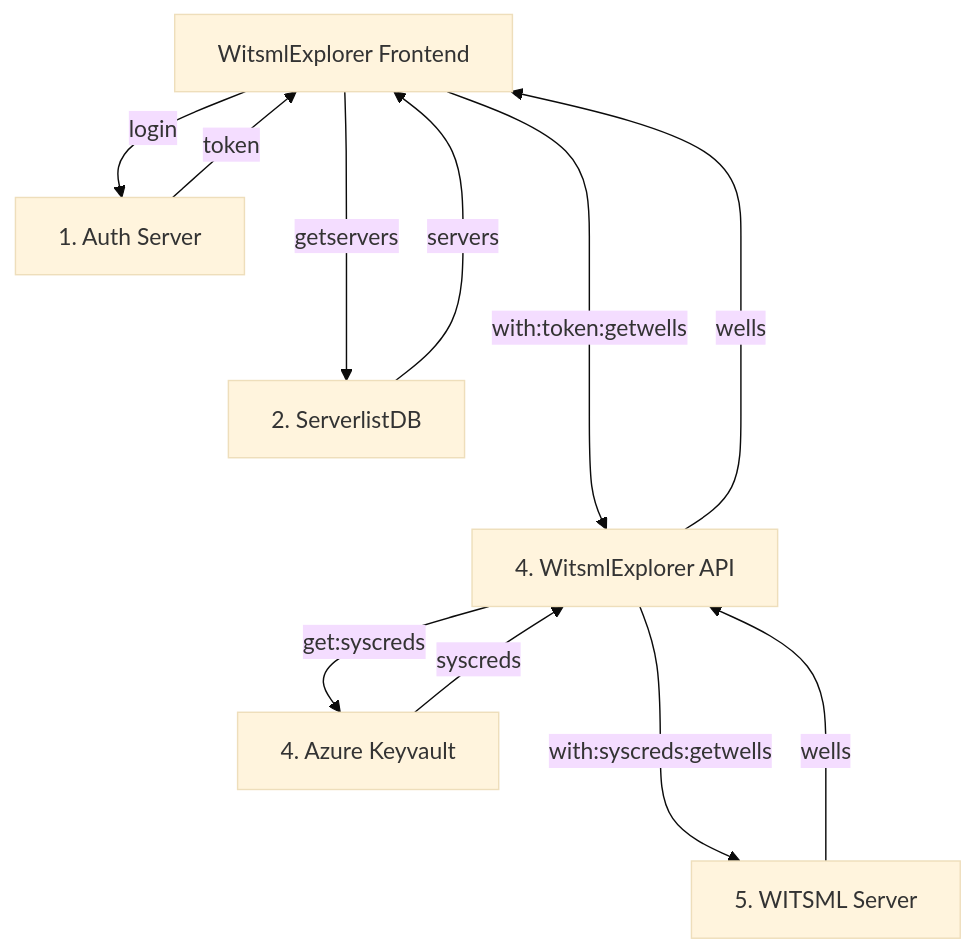
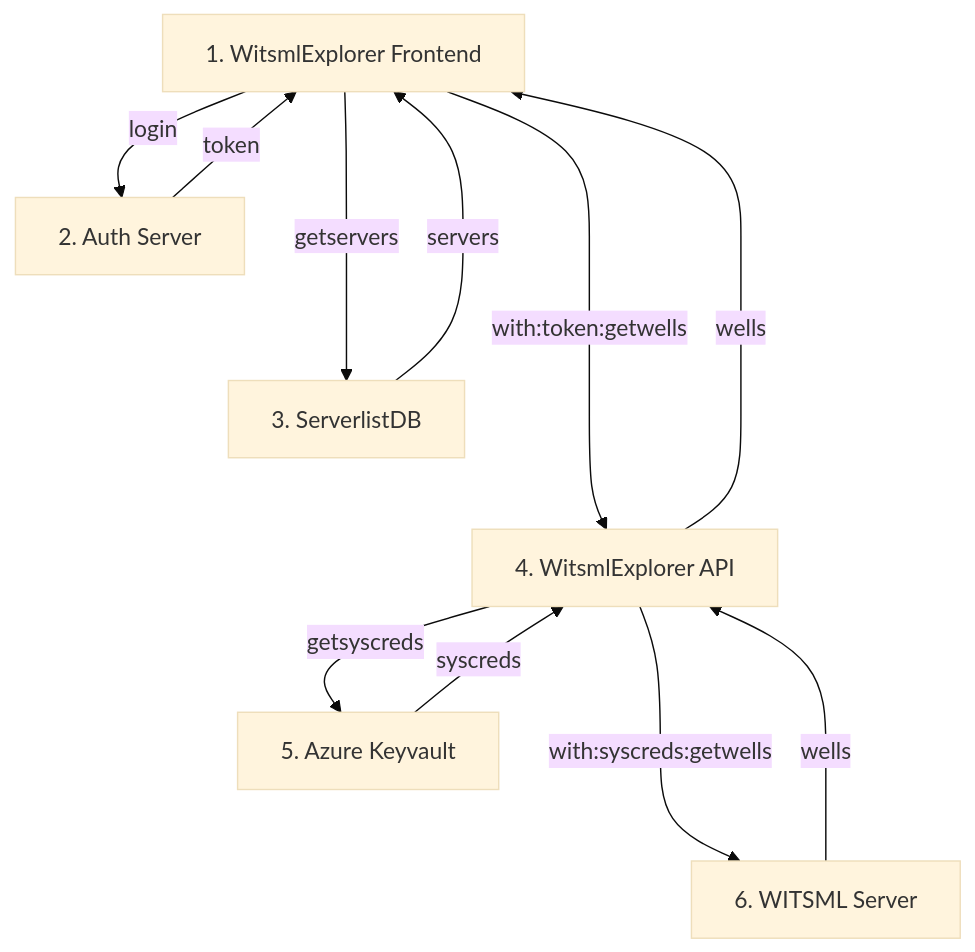
The diagram in AUTH.md (equinor/witsml-explorer), drawn with Mermaid (base theme) before and after one commit. The commit also changed other lines of this file, not shown here.

Commit message:
WE-571 complete the extended documentation

````diff
--- a/AUTH.md
+++ b/AUTH.md
@@ -151,14 +151,14 @@
 ```mermaid
 
 graph TD
-    A[WitsmlExplorer Frontend] -->|login| B[1. Auth Server]
-    B[1. Auth Server] --> |token| A[WitsmlExplorer Frontend]
-    A[WitsmlExplorer Frontend] --->|getservers| G[2. ServerlistDB]
-    G[2. ServerlistDB] --->|servers| A[itsml-Explorer]
-    A[WitsmlExplorer Frontend] ----> |with:token:getwells| H[3. WitsmlExplorer API]
-    H[3. WitsmlExplorer API] ----> |wells| A[WitsmlExplorer Frontend]  
-    H[3. WitsmlExplorer API] --> |get:syscreds| K[4. Azure Keyvault]
-    K[4. Azure Keyvault] --> |syscreds| H[3. WitsmlExplorer API]
-    H[3. WitsmlExplorer API] ---> |with:syscreds:getwells| J[5. WITSML Server]
-    J[5. WITSML Server]  ---> |wells| H[4. WitsmlExplorer API]
+    A[1. WitsmlExplorer Frontend] -->|login| B[2. Auth Server]
+    B[2. Auth Server] --> |token| A[WitsmlExplorer Frontend]
+    A[1. WitsmlExplorer Frontend] --->|getservers| G[3. ServerlistDB]
+    G[3. ServerlistDB] --->|servers| A[itsml-Explorer]
+    A[1. WitsmlExplorer Frontend] ----> |with:token:getwells| H[3. WitsmlExplorer API]
+    H[3. WitsmlExplorer API] ----> |wells| A[1. WitsmlExplorer Frontend]  
+    H[3. WitsmlExplorer API] --> |getsyscreds| K[5. Azure Keyvault]
+    K[5. Azure Keyvault] --> |syscreds| H[3. WitsmlExplorer API]
+    H[3. WitsmlExplorer API] ---> |with:syscreds:getwells| J[6. WITSML Server]
+    J[6. WITSML Server]  ---> |wells| H[4. WitsmlExplorer API]
 ```
````
